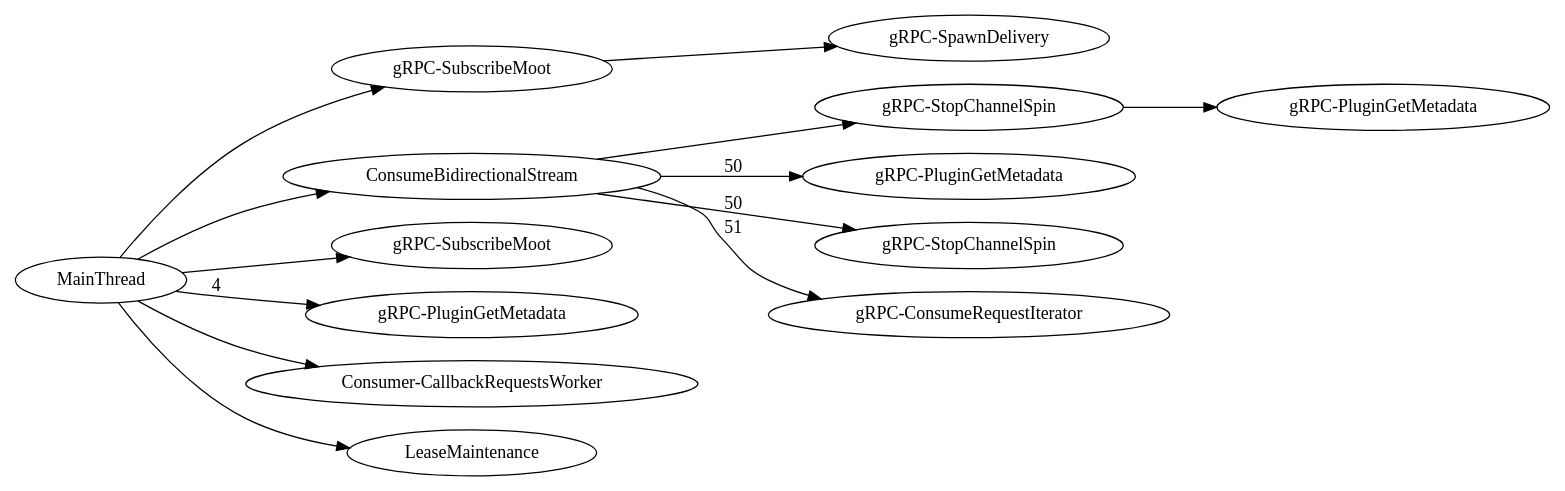
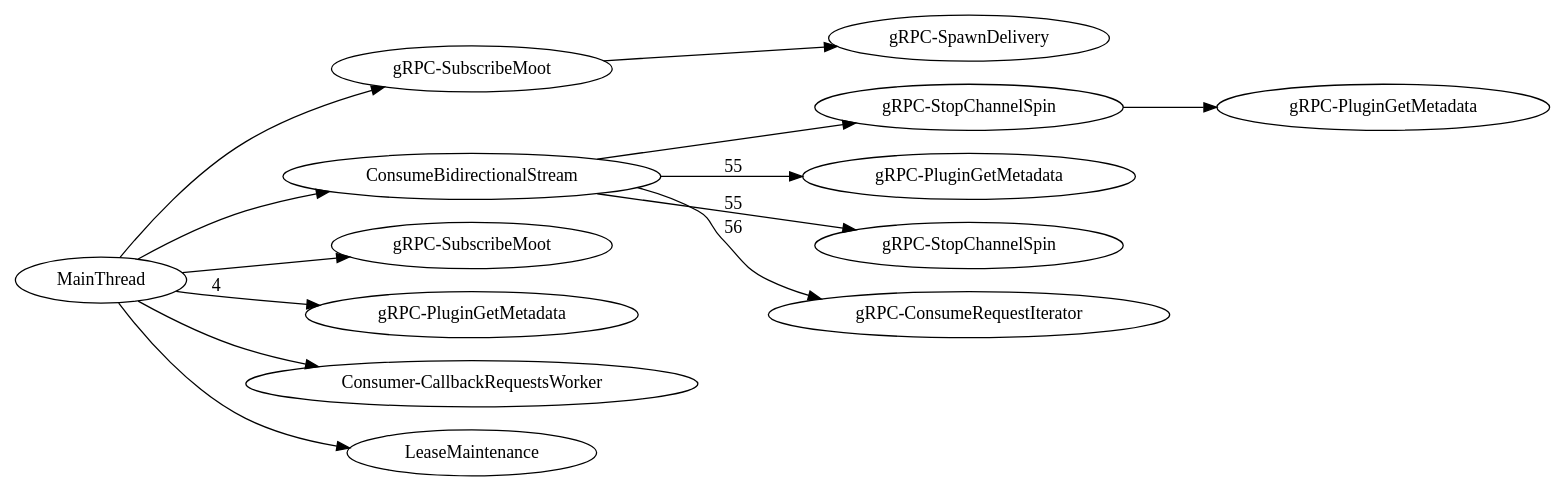
The diagram in no-messages-too/0.30.1.dot (dhermes/google-cloud-pubsub-performance), drawn with Graphviz before and after one commit. The commit also changed 4 other files, not shown here.

```diff
--- a/no-messages-too/0.30.1.dot
+++ b/no-messages-too/0.30.1.dot
@@ -1,63 +1,63 @@
 digraph G {
 rankdir=LR;
-subgraph  {
-}
-
 subgraph  {
 subgraph  {
 }
 
-"Thread-gRPC-SubscribeMoot+" -> "Thread-gRPC-SpawnDelivery";
+"Thread-gRPC-SubscribeMoot" -> "Thread-gRPC-SpawnDelivery";
+}
+
+subgraph  {
 }
 
 subgraph  {
 }
 
 subgraph  {
 }
 
 subgraph  {
 subgraph  {
 }
 
 subgraph  {
 }
 
 subgraph  {
 }
 
 subgraph  {
 subgraph  {
 }
 
-"Thread-gRPC-StopChannelSpin++++++++++++++++++++++++++++++++++++++" -> "Thread-gRPC-PluginGetMetadata++++++++++++++++++++++++++++++++++++++++";
+"Thread-gRPC-StopChannelSpin+++++++++++++++++++++++++++++++++++++++++" -> "Thread-gRPC-PluginGetMetadata+++++++++++++++++++++++++++++++++++++++++++";
 }
 
-"Thread-ConsumeBidirectionalStream" -> "Thread-gRPC-PluginGetMetadata++"  [label=50];
-"Thread-ConsumeBidirectionalStream" -> "Thread-gRPC-StopChannelSpin"  [label=50];
-"Thread-ConsumeBidirectionalStream" -> "Thread-gRPC-ConsumeRequestIterator"  [label=51];
-"Thread-ConsumeBidirectionalStream" -> "Thread-gRPC-StopChannelSpin++++++++++++++++++++++++++++++++++++++";
+"Thread-ConsumeBidirectionalStream" -> "Thread-gRPC-PluginGetMetadata++"  [label=55];
+"Thread-ConsumeBidirectionalStream" -> "Thread-gRPC-StopChannelSpin"  [label=55];
+"Thread-ConsumeBidirectionalStream" -> "Thread-gRPC-ConsumeRequestIterator"  [label=56];
+"Thread-ConsumeBidirectionalStream" -> "Thread-gRPC-StopChannelSpin+++++++++++++++++++++++++++++++++++++++++";
 }
 
 subgraph  {
 }
 
 MainThread -> "Thread-gRPC-SubscribeMoot";
 MainThread -> "Thread-gRPC-SubscribeMoot+";
 MainThread -> "Thread-gRPC-PluginGetMetadata"  [label=4];
 MainThread -> "Thread-Consumer-CallbackRequestsWorker";
 MainThread -> "Thread-ConsumeBidirectionalStream";
 MainThread -> "Thread-LeaseMaintenance";
+"Thread-LeaseMaintenance" [label=LeaseMaintenance];
+"Thread-gRPC-ConsumeRequestIterator" [label="gRPC-ConsumeRequestIterator"];
+"Thread-gRPC-SubscribeMoot" [label="gRPC-SubscribeMoot"];
+"Thread-Consumer-CallbackRequestsWorker" [label="Consumer-CallbackRequestsWorker"];
+"Thread-gRPC-PluginGetMetadata++" [label="gRPC-PluginGetMetadata"];
+"Thread-gRPC-StopChannelSpin" [label="gRPC-StopChannelSpin"];
 "Thread-gRPC-PluginGetMetadata" [label="gRPC-PluginGetMetadata"];
+"Thread-gRPC-SpawnDelivery" [label="gRPC-SpawnDelivery"];
 "Thread-ConsumeBidirectionalStream" [label=ConsumeBidirectionalStream];
-"Thread-Consumer-CallbackRequestsWorker" [label="Consumer-CallbackRequestsWorker"];
-"Thread-gRPC-SpawnDelivery" [label="gRPC-SpawnDelivery"];
-"Thread-gRPC-SubscribeMoot" [label="gRPC-SubscribeMoot"];
-"Thread-gRPC-ConsumeRequestIterator" [label="gRPC-ConsumeRequestIterator"];
-"Thread-gRPC-StopChannelSpin" [label="gRPC-StopChannelSpin"];
-"Thread-gRPC-StopChannelSpin++++++++++++++++++++++++++++++++++++++" [label="gRPC-StopChannelSpin"];
-"Thread-LeaseMaintenance" [label=LeaseMaintenance];
-"Thread-gRPC-PluginGetMetadata++++++++++++++++++++++++++++++++++++++++" [label="gRPC-PluginGetMetadata"];
-"Thread-gRPC-PluginGetMetadata++" [label="gRPC-PluginGetMetadata"];
 "Thread-gRPC-SubscribeMoot+" [label="gRPC-SubscribeMoot"];
+"Thread-gRPC-StopChannelSpin+++++++++++++++++++++++++++++++++++++++++" [label="gRPC-StopChannelSpin"];
+"Thread-gRPC-PluginGetMetadata+++++++++++++++++++++++++++++++++++++++++++" [label="gRPC-PluginGetMetadata"];
 }
```
